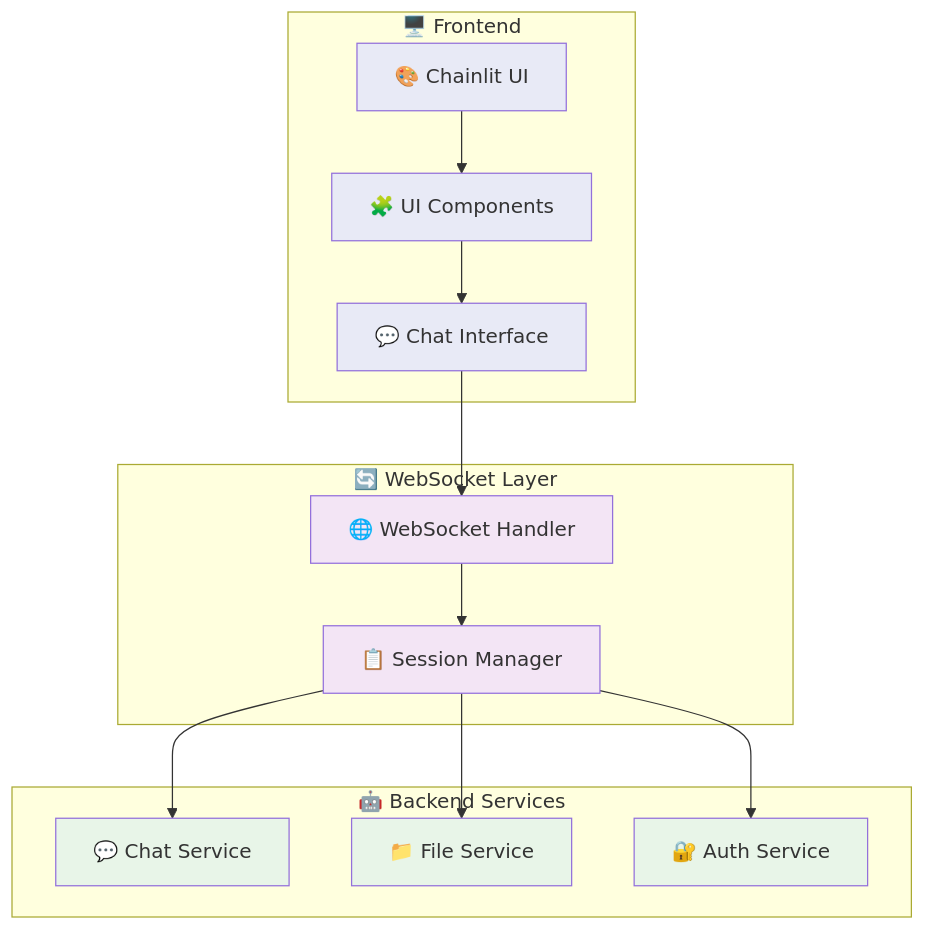
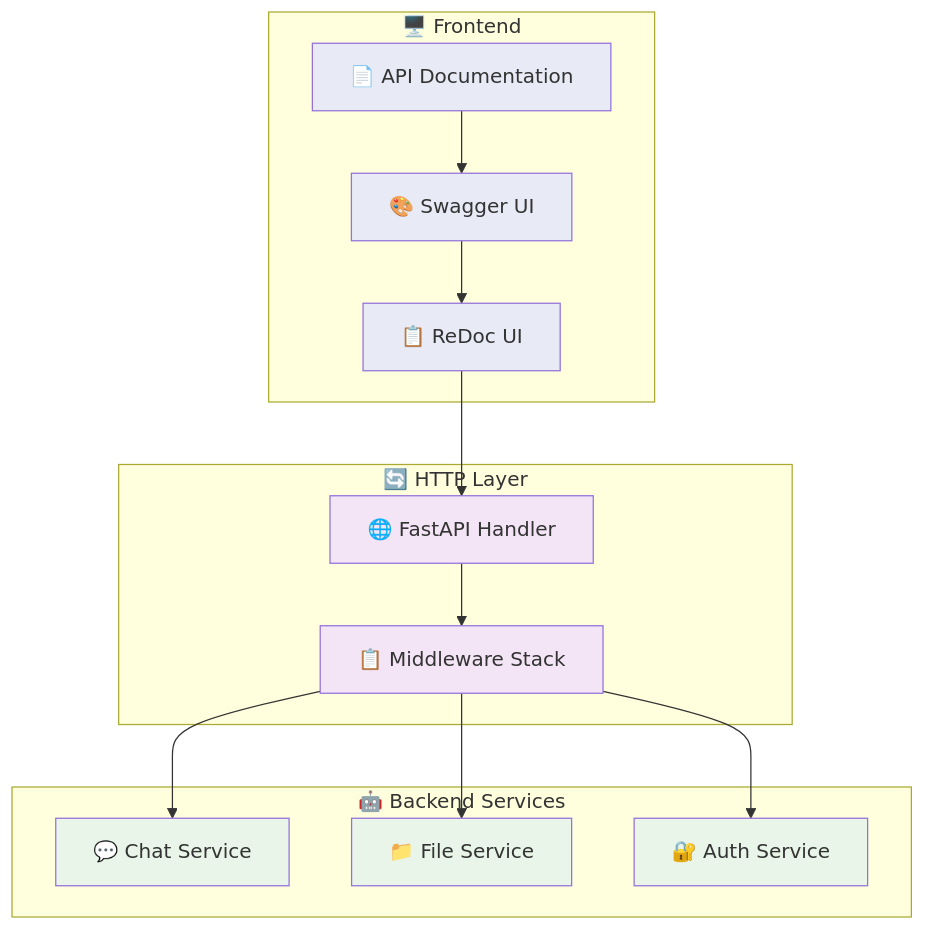
Before and after one commit to the-ingenious-dark-knight/Insight_Ingenious: the fourth of 13 diagrams in docs/architecture/README.md, drawn with Mermaid. The commit also changed other lines of this file and 3 other files, not shown here.

Commit message:
fix: update documentation for configuration migration and troubleshooting, removing deprecated YAML support and correcting API port references

````diff
--- a/docs/architecture/README.md
+++ b/docs/architecture/README.md
@@ -164,35 +164,35 @@
 ```mermaid
 graph TD
     subgraph "🖥️ Frontend"
-        CHAINLIT[🎨 Chainlit UI]
-        COMPONENTS[🧩 UI Components]
-        CHAT[💬 Chat Interface]
+        DOCS[📄 API Documentation]
+        SWAGGER[🎨 Swagger UI]
+        REDOC[📋 ReDoc UI]
     end
 
-    subgraph "🔄 WebSocket Layer"
-        WS[🌐 WebSocket Handler]
-        SESSION[📋 Session Manager]
+    subgraph "🔄 HTTP Layer"
+        FASTAPI[🌐 FastAPI Handler]
+        MIDDLEWARE[📋 Middleware Stack]
     end
 
     subgraph "🤖 Backend Services"
         CHAT_SERVICE[💬 Chat Service]
         FILE_SERVICE[📁 File Service]
         AUTH_SERVICE[🔐 Auth Service]
     end
 
-    CHAINLIT --> COMPONENTS
-    COMPONENTS --> CHAT
-    CHAT --> WS
-    WS --> SESSION
-    SESSION --> CHAT_SERVICE
-    SESSION --> FILE_SERVICE
-    SESSION --> AUTH_SERVICE
+    DOCS --> SWAGGER
+    SWAGGER --> REDOC
+    REDOC --> FASTAPI
+    FASTAPI --> MIDDLEWARE
+    MIDDLEWARE --> CHAT_SERVICE
+    MIDDLEWARE --> FILE_SERVICE
+    MIDDLEWARE --> AUTH_SERVICE
 
     classDef frontend fill:#e8eaf6
-    classDef websocket fill:#f3e5f5
+    classDef http fill:#f3e5f5
     classDef backend fill:#e8f5e8
 
-    class CHAINLIT,COMPONENTS,CHAT frontend
-    class WS,SESSION websocket
+    class DOCS,SWAGGER,REDOC frontend
+    class FASTAPI,MIDDLEWARE http
     class CHAT_SERVICE,FILE_SERVICE,AUTH_SERVICE backend
 ```
````
